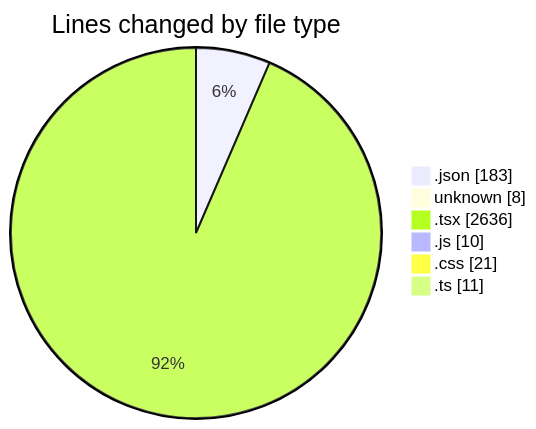
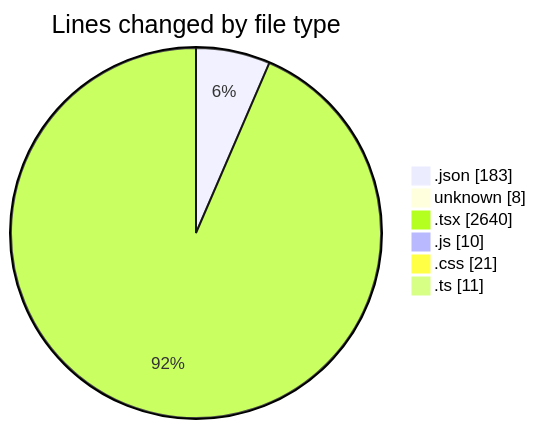
The first of 2 diagrams in 2025-05-02/niten/README.md (Elitesun/code-tracking), drawn with Mermaid before and after one commit. The commit also changed other lines of this file and 1 other file, not shown here.

````diff
--- a/2025-05-02/niten/README.md
+++ b/2025-05-02/niten/README.md
@@ -40,10 +40,10 @@
 ```mermaid
 pie showData
 title Lines changed by file type
 ".json" : 183
 "unknown" : 8
-".tsx" : 2636
+".tsx" : 2640
 ".js" : 10
 ".css" : 21
 ".ts" : 11
 ```
````
